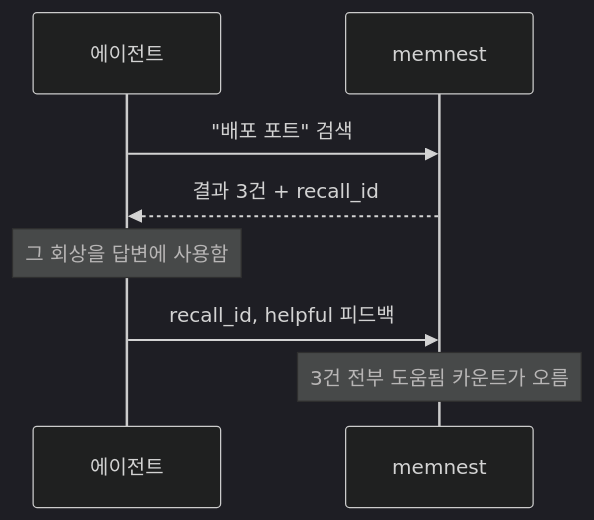
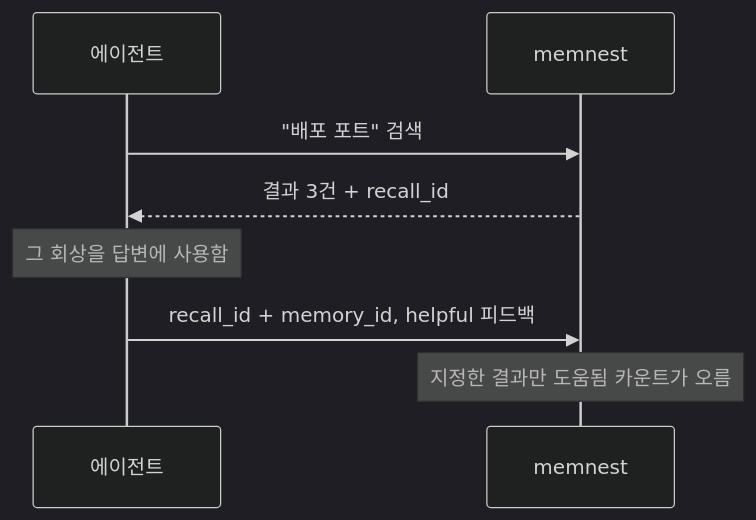
The first of 2 diagrams in README.ko.md (Blue-B/memnest), drawn with Mermaid (dark theme) before and after one commit. The commit also changed other lines of this file and 20 other files, not shown here.

````diff
--- a/README.ko.md
+++ b/README.ko.md
@@ -59,10 +59,10 @@
 ```mermaid
 sequenceDiagram
     participant 에이전트
     participant memnest
     에이전트->>memnest: "배포 포트" 검색
     memnest-->>에이전트: 결과 3건 + recall_id
     Note over 에이전트: 그 회상을 답변에 사용함
-    에이전트->>memnest: recall_id, helpful 피드백
-    Note over memnest: 3건 전부 도움됨 카운트가 오름
+    에이전트->>memnest: recall_id + memory_id, helpful 피드백
+    Note over memnest: 지정한 결과만 도움됨 카운트가 오름
 ```
````
